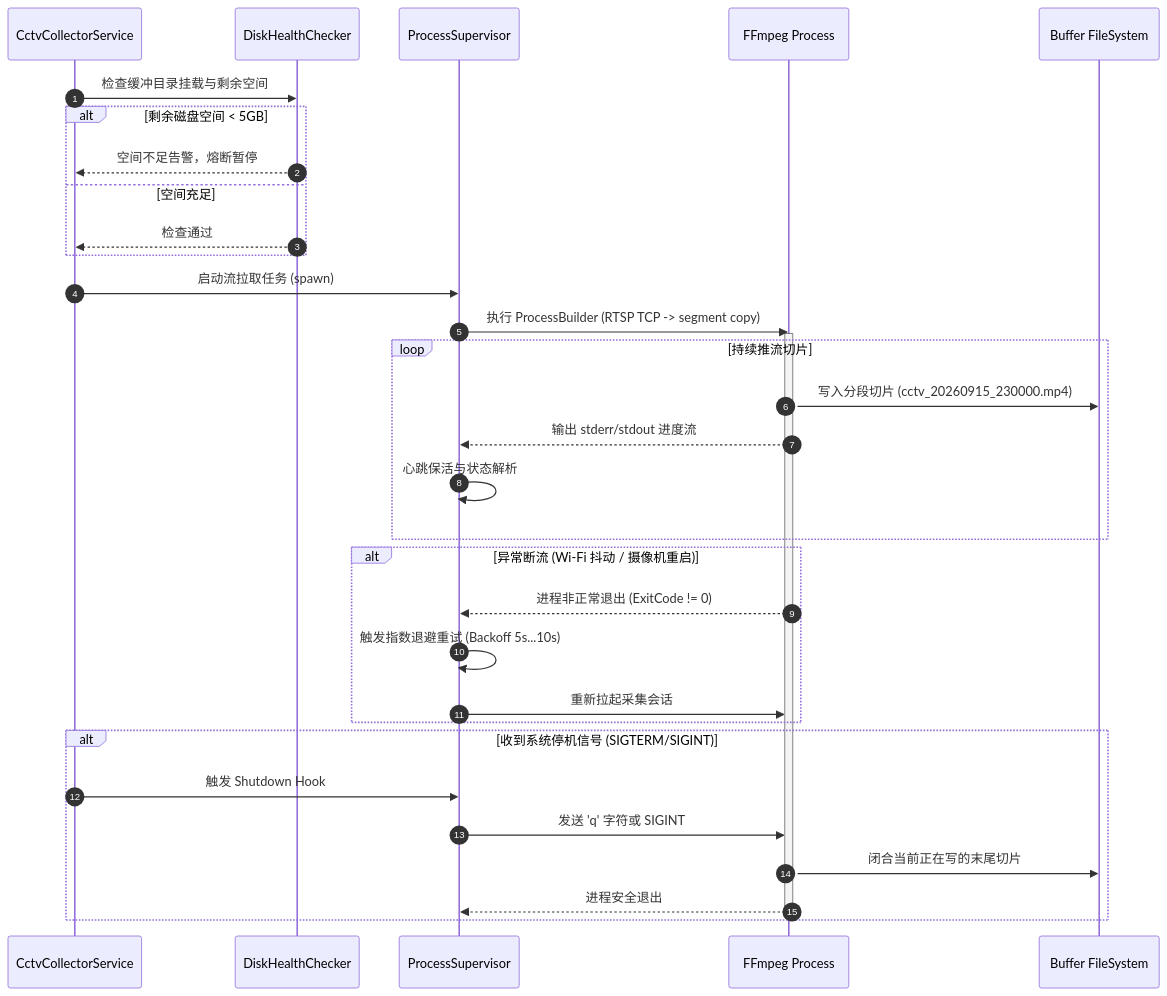
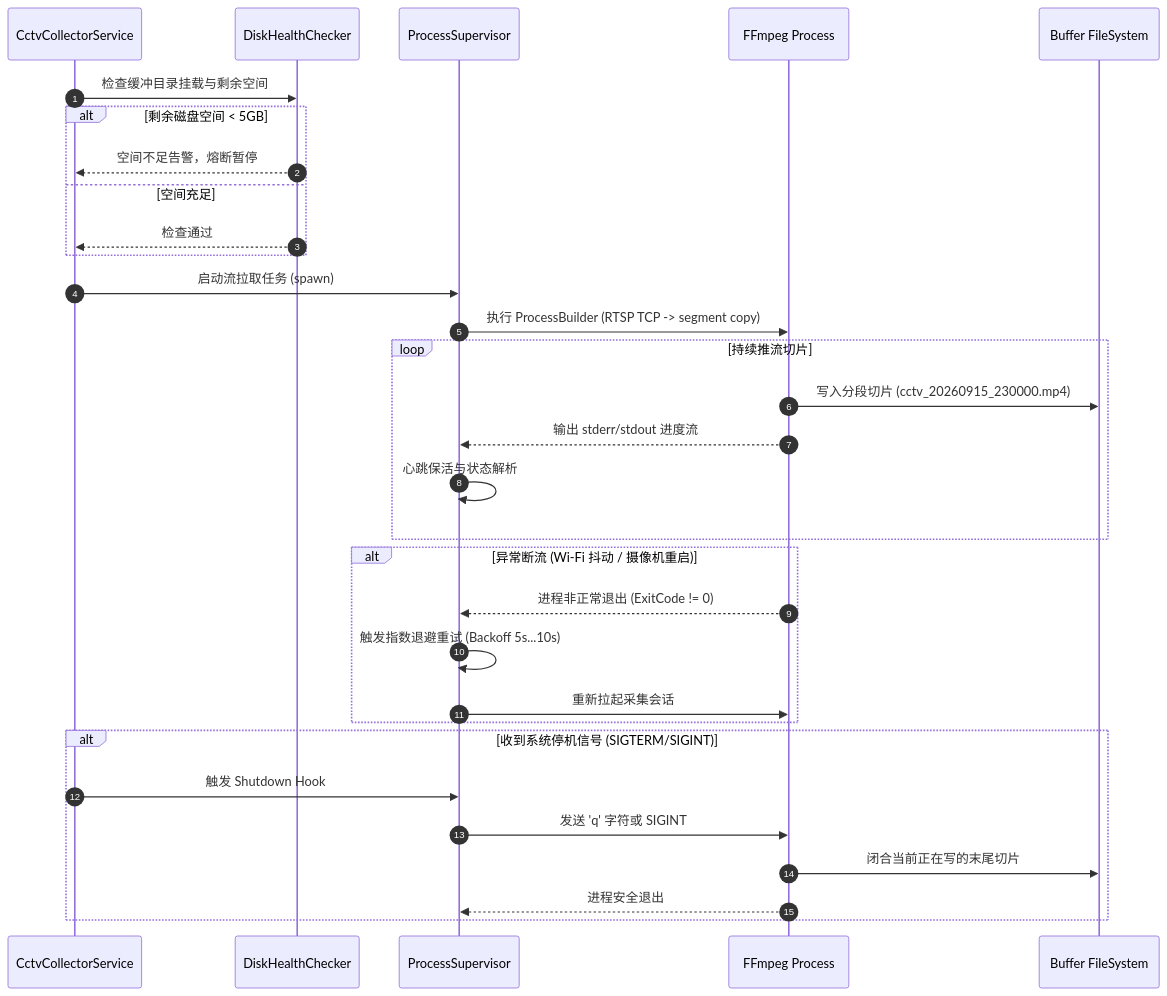
Before and after one commit to nvd11/cctv-collector: the second of 5 diagrams in docs/ARCHITECTURE.md, drawn with Mermaid. The commit also changed 1 other file, not shown here.

Commit message:
fix(docs): remove mismatched activate/deactivate in mermaid sequence diagrams

````diff
--- a/docs/ARCHITECTURE.md
+++ b/docs/ARCHITECTURE.md
@@ -117,40 +117,38 @@
 ```mermaid
 sequenceDiagram
     autonumber
     participant App as CctvCollectorService
     participant Checker as DiskHealthChecker
     participant Super as ProcessSupervisor
     participant FFmpeg as FFmpeg Process
     participant FS as Buffer FileSystem
 
     App->>Checker: 检查缓冲目录挂载与剩余空间
     alt 剩余磁盘空间 < 5GB
         Checker-->>App: 空间不足告警，熔断暂停
     else 空间充足
         Checker-->>App: 检查通过
     end
 
     App->>Super: 启动流拉取任务 (spawn)
     Super->>FFmpeg: 执行 ProcessBuilder (RTSP TCP -> segment copy)
-    activate FFmpeg
     
     loop 持续推流切片
         FFmpeg->>FS: 写入分段切片 (cctv_20260915_230000.mp4)
         FFmpeg-->>Super: 输出 stderr/stdout 进度流
         Super->>Super: 心跳保活与状态解析
     end
 
     alt 异常断流 (Wi-Fi 抖动 / 摄像机重启)
         FFmpeg-->>Super: 进程非正常退出 (ExitCode != 0)
         Super->>Super: 触发指数退避重试 (Backoff 5s...10s)
         Super->>FFmpeg: 重新拉起采集会话
     end
 
     alt 收到系统停机信号 (SIGTERM/SIGINT)
         App->>Super: 触发 Shutdown Hook
         Super->>FFmpeg: 发送 'q' 字符或 SIGINT
         FFmpeg->>FS: 闭合当前正在写的末尾切片
         FFmpeg-->>Super: 进程安全退出
-        deactivate FFmpeg
     end
 ```
````
